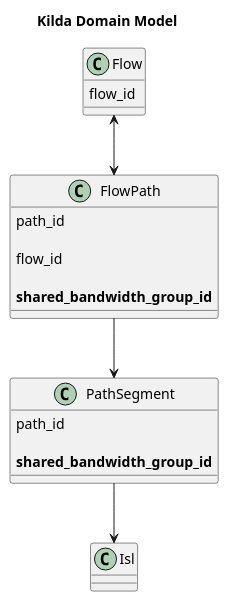
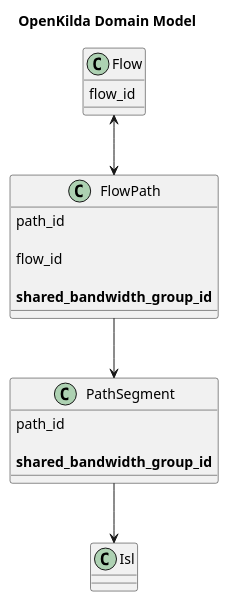
Before and after one commit to telstra/open-kilda: the diagram in docs/design/solutions/shared-bandwidth/domain-model-changes.puml, drawn with PlantUML. The commit also changed 35 other files, not shown here.

Commit message:
Replace "Kilda" with "OpenKilda", "FloodLight" with "Floodlight", and some other typos.

```diff
--- a/docs/design/solutions/shared-bandwidth/domain-model-changes.puml
+++ b/docs/design/solutions/shared-bandwidth/domain-model-changes.puml
@@ -1,32 +1,32 @@
 @startuml
 
-title Kilda Domain Model
+title OpenKilda Domain Model
 
 class Flow {
     flow_id
 }
 
 class FlowPath {
     path_id
 
     flow_id
 
     **shared_bandwidth_group_id**
 }
 
 Flow <-down-> FlowPath
 
 class PathSegment {
     path_id
 
     **shared_bandwidth_group_id**
 }
 
 FlowPath -down-> PathSegment
 
 class Isl {
 }
 
 PathSegment -down-> Isl
 
 @enduml
```
